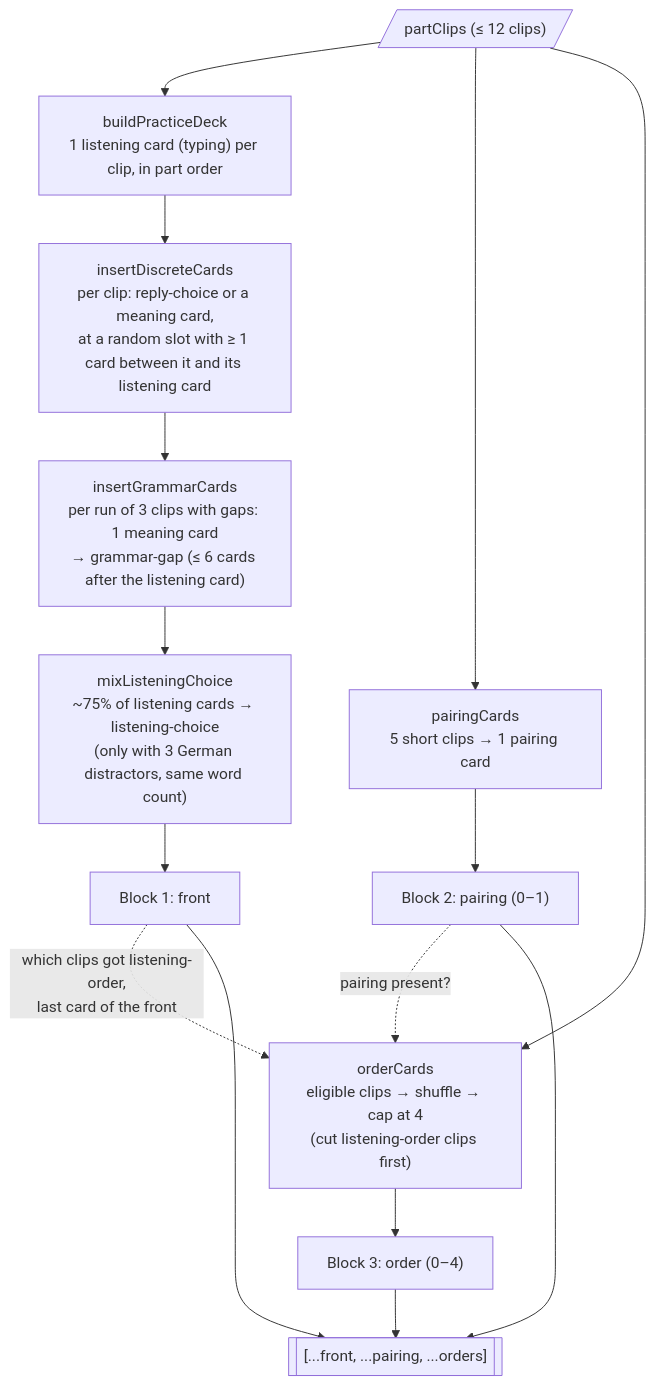
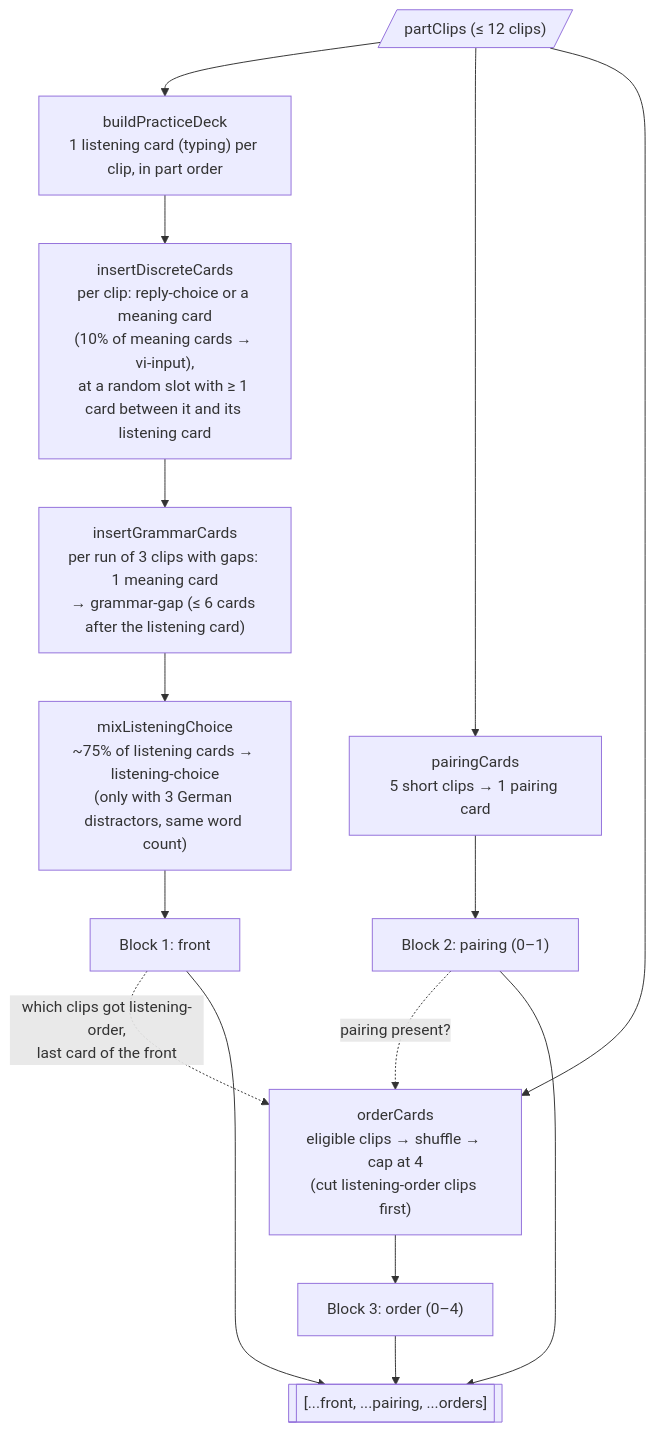
The second of 4 diagrams in docs/PRACTICE_CARDS.md (BienNg/nanu-academy-hoeren), drawn with Mermaid before and after one commit. The commit also changed other lines of this file and 2 other files, not shown here.

First line of the commit message:
Update Practice Cards Documentation and Logic for vi-input Card

````diff
--- a/docs/PRACTICE_CARDS.md
+++ b/docs/PRACTICE_CARDS.md
@@ -83,16 +83,16 @@
 ```mermaid
 flowchart TD
   clips[/"partClips (≤ 12 clips)"/]
   clips --> b["buildPracticeDeck<br/>1 listening card (typing) per clip, in part order"]
-  b --> d["insertDiscreteCards<br/>per clip: reply-choice or a meaning card,<br/>at a random slot with ≥ 1 card between it and its listening card"]
+  b --> d["insertDiscreteCards<br/>per clip: reply-choice or a meaning card<br/>(10% of meaning cards → vi-input),<br/>at a random slot with ≥ 1 card between it and its listening card"]
   d --> g["insertGrammarCards<br/>per run of 3 clips with gaps: 1 meaning card<br/>→ grammar-gap (≤ 6 cards after the listening card)"]
   g --> m["mixListeningChoice<br/>~75% of listening cards → listening-choice<br/>(only with 3 German distractors, same word count)"]
   m --> front["Block 1: front"]
   clips --> p["pairingCards<br/>5 short clips → 1 pairing card"]
   p --> blk2["Block 2: pairing (0–1)"]
   clips --> o["orderCards<br/>eligible clips → shuffle → cap at 4<br/>(cut listening-order clips first)"]
   front -. "which clips got listening-order,<br/>last card of the front" .-> o
   blk2 -. "pairing present?" .-> o
   o --> blk3["Block 3: order (0–4)"]
   front & blk2 & blk3 --> deck[["[...front, ...pairing, ...orders]"]]
 ```
````
